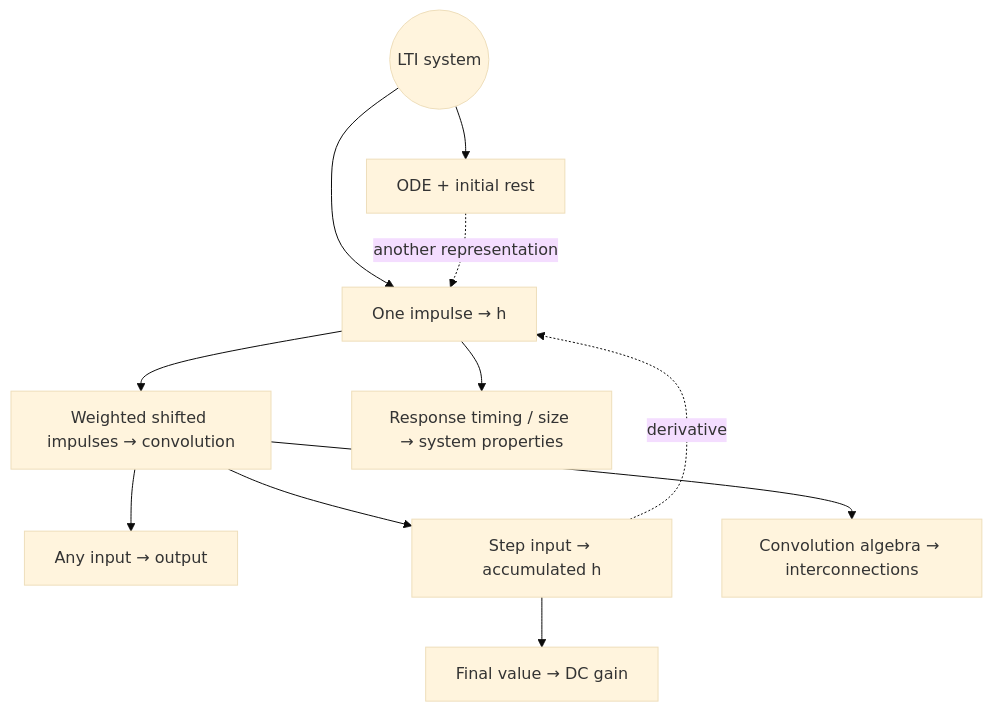
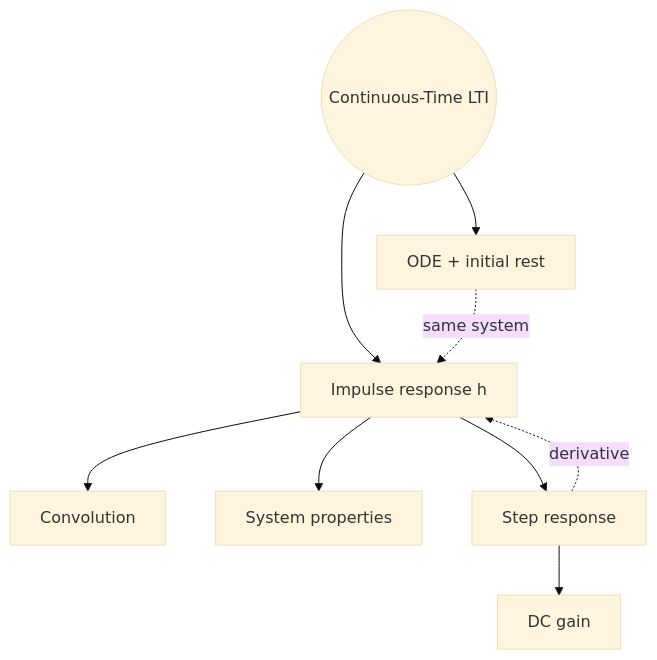
Before and after one commit to ZGQmoe/EEEN-20131-Notes: the diagram in chapter-6-lti-and-convolution.md, drawn with Mermaid (base theme). The commit also changed other lines of this file, not shown here.

````diff
--- a/chapter-6-lti-and-convolution.md
+++ b/chapter-6-lti-and-convolution.md
@@ -7,14 +9,12 @@
 ```mermaid
 flowchart TD
-    R((LTI system))
-    R --> H[One impulse → h]
-    H --> C[Weighted shifted impulses → convolution]
-    C --> Y[Any input → output]
-    C --> S[Step input → accumulated h]
-    S --> G[Final value → DC gain]
-    C --> A[Convolution algebra → interconnections]
-    H --> P[Response timing / size → system properties]
+    R((Continuous-Time LTI))
+    R --> H[Impulse response h]
+    H --> C[Convolution]
+    H --> P[System properties]
+    H --> S[Step response]
+    S --> G[DC gain]
     R --> O[ODE + initial rest]
-    O -. another representation .-> H
+    O -. same system .-> H
     S -. derivative .-> H
 ```
````
